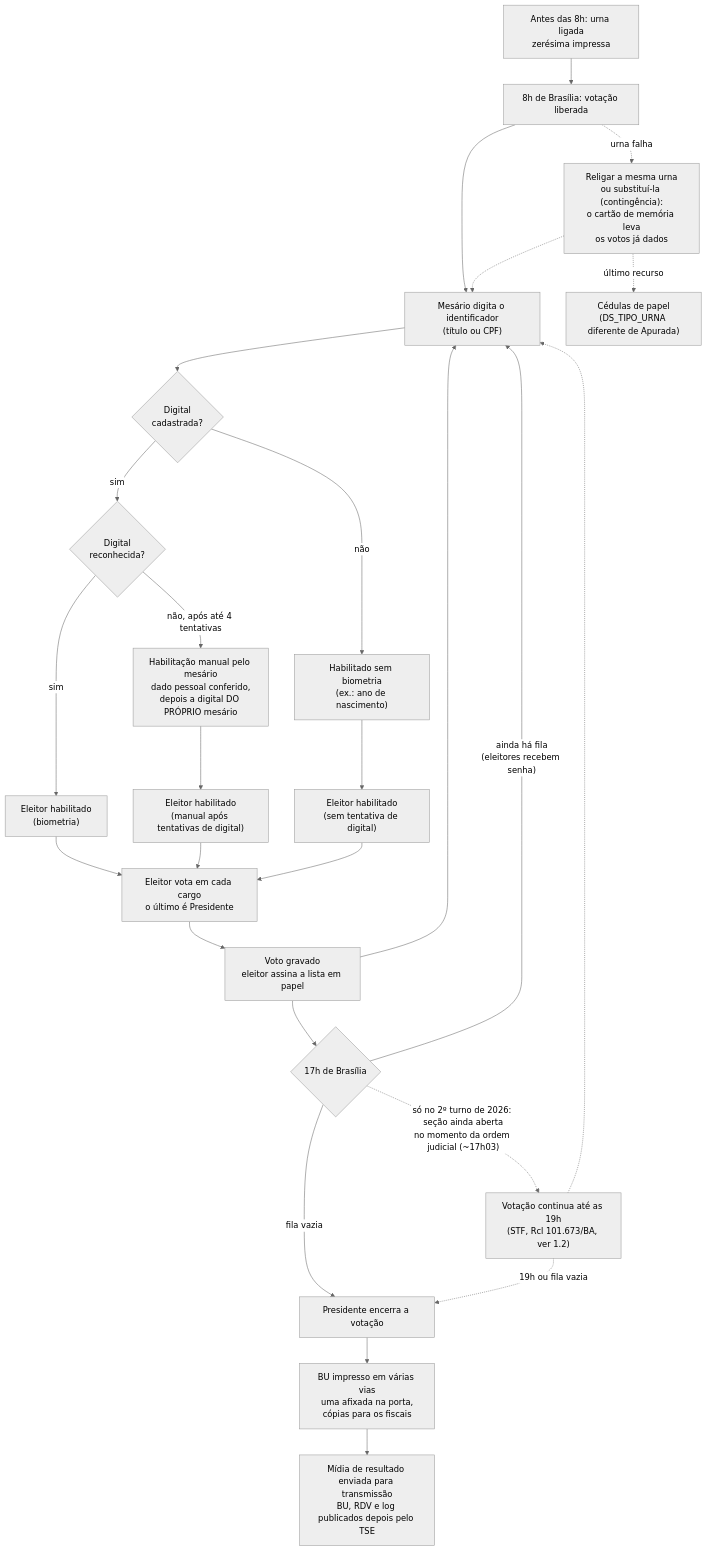
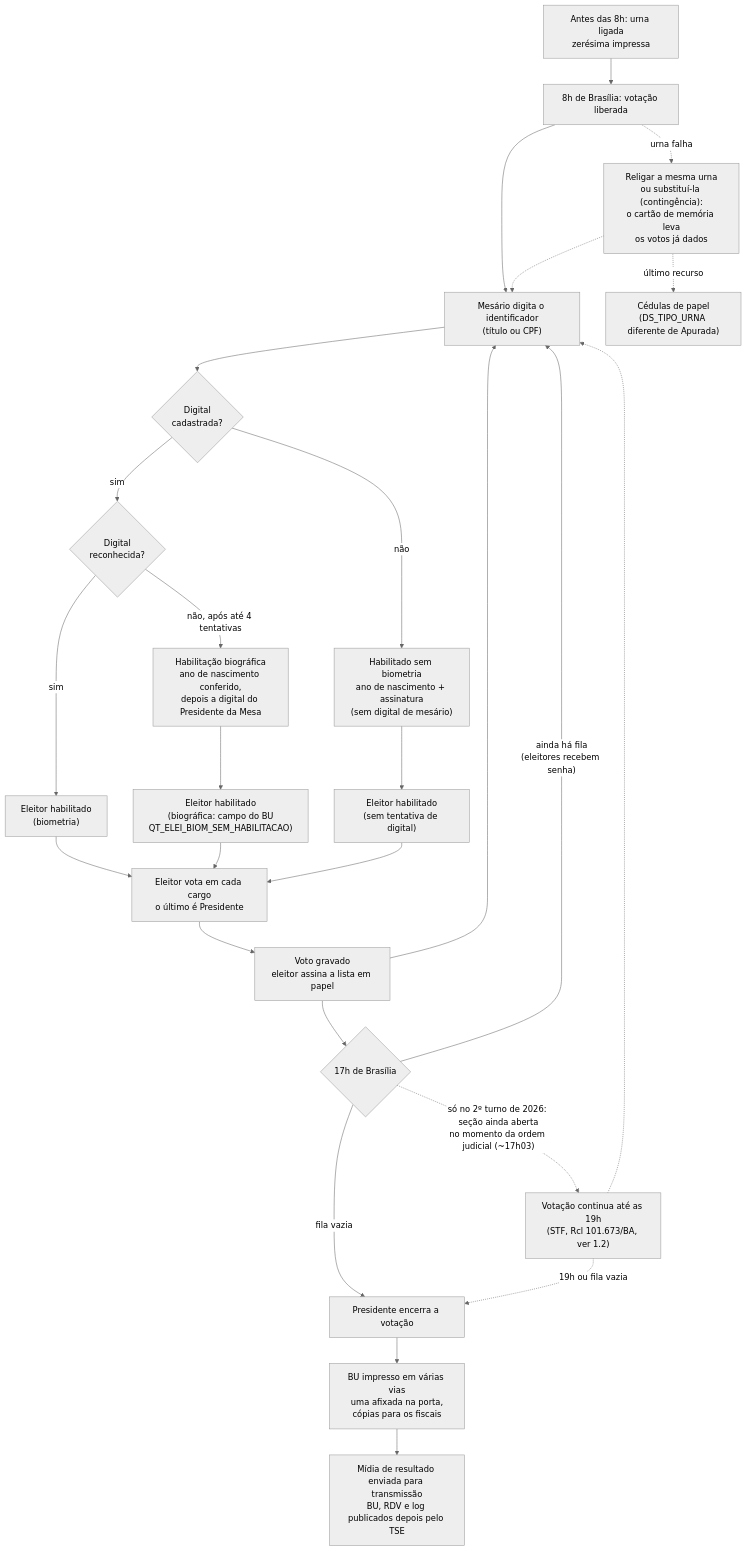
One commit to JonatasOnca/Auditoria-Eleicao-2026 changed the diagram in RESEARCH_PLAN-pt-br.md. Above: the diagram before and after it, drawn with Mermaid (neutral theme). The commit also changed other lines of this file and 8 other files, not shown here.

````diff
--- a/RESEARCH_PLAN-pt-br.md
+++ b/RESEARCH_PLAN-pt-br.md
@@ -53,28 +56,28 @@
 ```mermaid
 flowchart TD
     A["Antes das 8h: urna ligada<br/>zerésima impressa"] --> B["8h de Brasília: votação liberada"]
     B --> C["Mesário digita o identificador<br/>(título ou CPF)"]
     C --> D{"Digital<br/>cadastrada?"}
     D -- sim --> E{"Digital<br/>reconhecida?"}
     E -- sim --> H["Eleitor habilitado<br/>(biometria)"]
-    E -- "não, após até 4 tentativas" --> F["Habilitação manual pelo mesário<br/>dado pessoal conferido,<br/>depois a digital DO PRÓPRIO mesário"]
-    D -- não --> G["Habilitado sem biometria<br/>(ex.: ano de nascimento)"]
-    F --> I["Eleitor habilitado<br/>(manual após tentativas de digital)"]
+    E -- "não, após até 4 tentativas" --> F["Habilitação biográfica<br/>ano de nascimento conferido,<br/>depois a digital do Presidente da Mesa"]
+    D -- não --> G["Habilitado sem biometria<br/>ano de nascimento + assinatura<br/>(sem digital de mesário)"]
+    F --> I["Eleitor habilitado<br/>(biográfica: campo do BU<br/>QT_ELEI_BIOM_SEM_HABILITACAO)"]
     G --> J["Eleitor habilitado<br/>(sem tentativa de digital)"]
     H --> K["Eleitor vota em cada cargo<br/>o último é Presidente"]
     I --> K
     J --> K
     K --> L["Voto gravado<br/>eleitor assina a lista em papel"]
     L --> C
     L --> M{"17h de Brasília"}
     M -- "ainda há fila<br/>(eleitores recebem senha)" --> C
     M -- "fila vazia" --> N["Presidente encerra a votação"]
     M -. "só no 2º turno de 2026: seção ainda aberta<br/>no momento da ordem judicial (~17h03)" .-> X["Votação continua até as 19h<br/>(STF, Rcl 101.673/BA, ver 1.2)"]
     X -.-> C
     X -. "19h ou fila vazia" .-> N
     N --> O["BU impresso em várias vias<br/>uma afixada na porta,<br/>cópias para os fiscais"]
     O --> P["Mídia de resultado enviada para transmissão<br/>BU, RDV e log publicados depois pelo TSE"]
     B -. "urna falha" .-> Q["Religar a mesma urna<br/>ou substituí-la (contingência):<br/>o cartão de memória leva<br/>os votos já dados"]
     Q -. "último recurso" .-> R["Cédulas de papel<br/>(DS_TIPO_URNA diferente de Apurada)"]
     Q -.-> C
 ```
````
